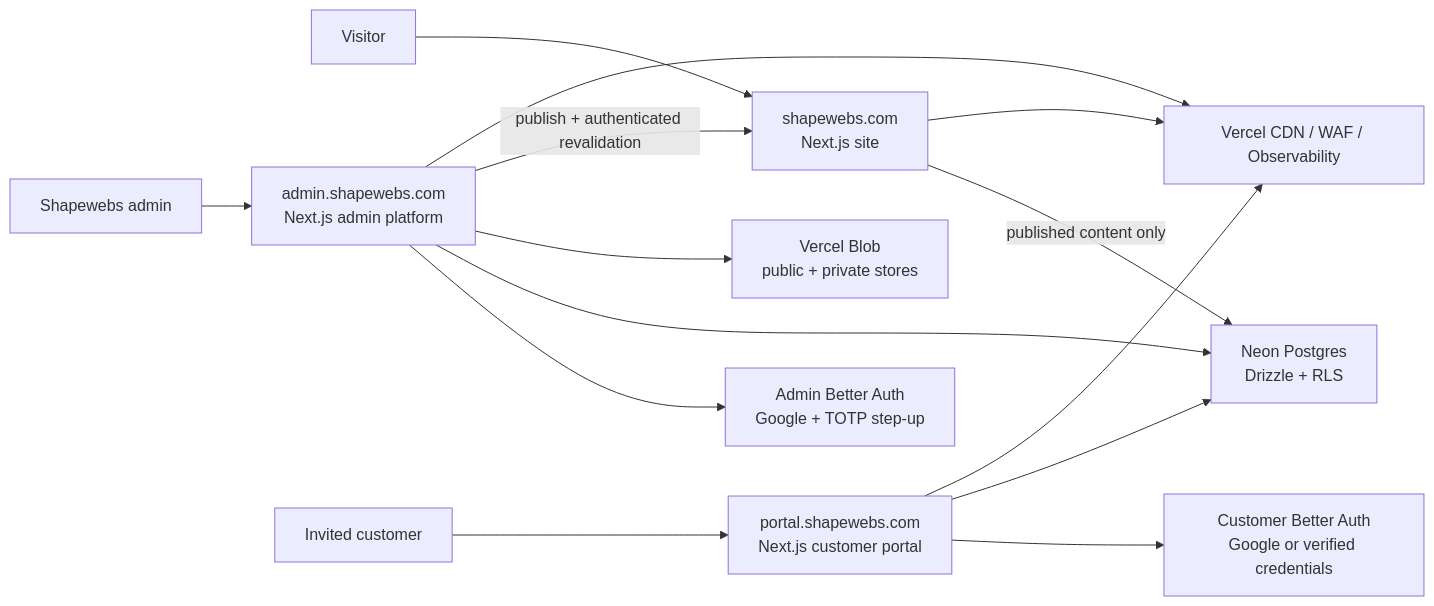
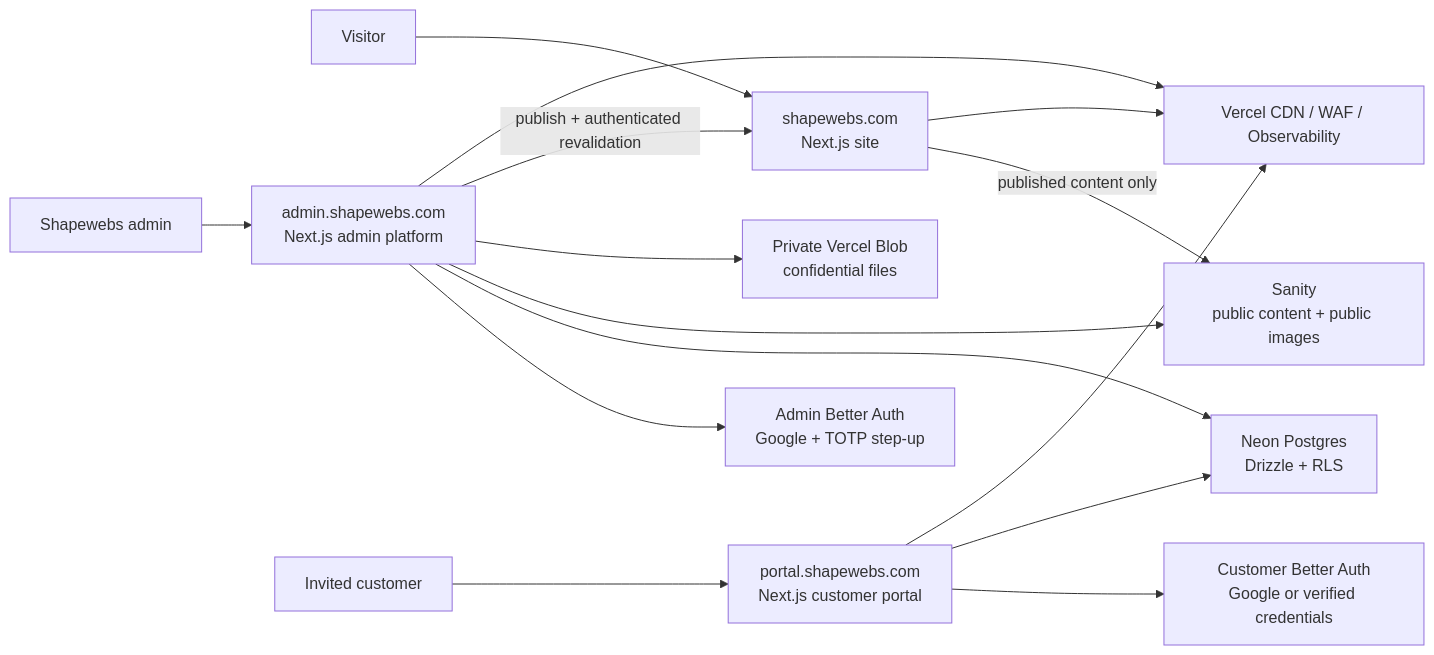
Before and after one commit to shapewebs/shapewebs-platform: the diagram in docs/foundation/architecture.md, drawn with Mermaid. The commit also changed other lines of this file and 85 other files, not shown here.

Commit message:
feat(content): add Sanity publishing foundation

````diff
--- a/docs/foundation/architecture.md
+++ b/docs/foundation/architecture.md
@@ -42,16 +44,17 @@
 ```mermaid
 flowchart LR
     Visitor["Visitor"] --> Site["shapewebs.com<br/>Next.js site"]
     Admin["Shapewebs admin"] --> Platform["admin.shapewebs.com<br/>Next.js admin platform"]
     Customer["Invited customer"] --> Portal["portal.shapewebs.com<br/>Next.js customer portal"]
     Platform --> Auth["Admin Better Auth<br/>Google + TOTP step-up"]
     Portal --> CustomerAuth["Customer Better Auth<br/>Google or verified credentials"]
     Platform --> DB["Neon Postgres<br/>Drizzle + RLS"]
     Portal --> DB
-    Platform --> Storage["Vercel Blob<br/>public + private stores"]
-    Site -->|"published content only"| DB
+    Platform --> Content["Sanity<br/>public content + public images"]
+    Site -->|"published content only"| Content
+    Platform --> Storage["Private Vercel Blob<br/>confidential files"]
     Platform -->|"publish + authenticated revalidation"| Site
     Site --> Vercel["Vercel CDN / WAF / Observability"]
     Platform --> Vercel
     Portal --> Vercel
 ```
````
